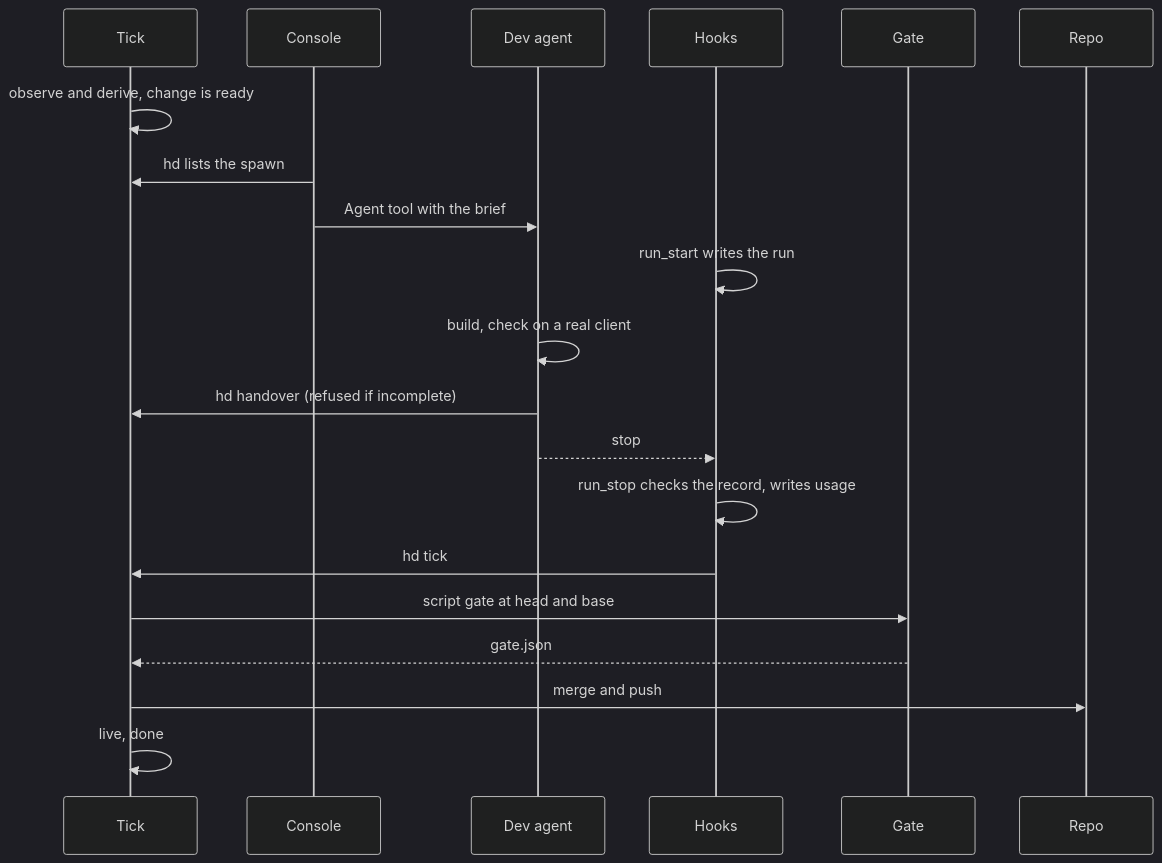
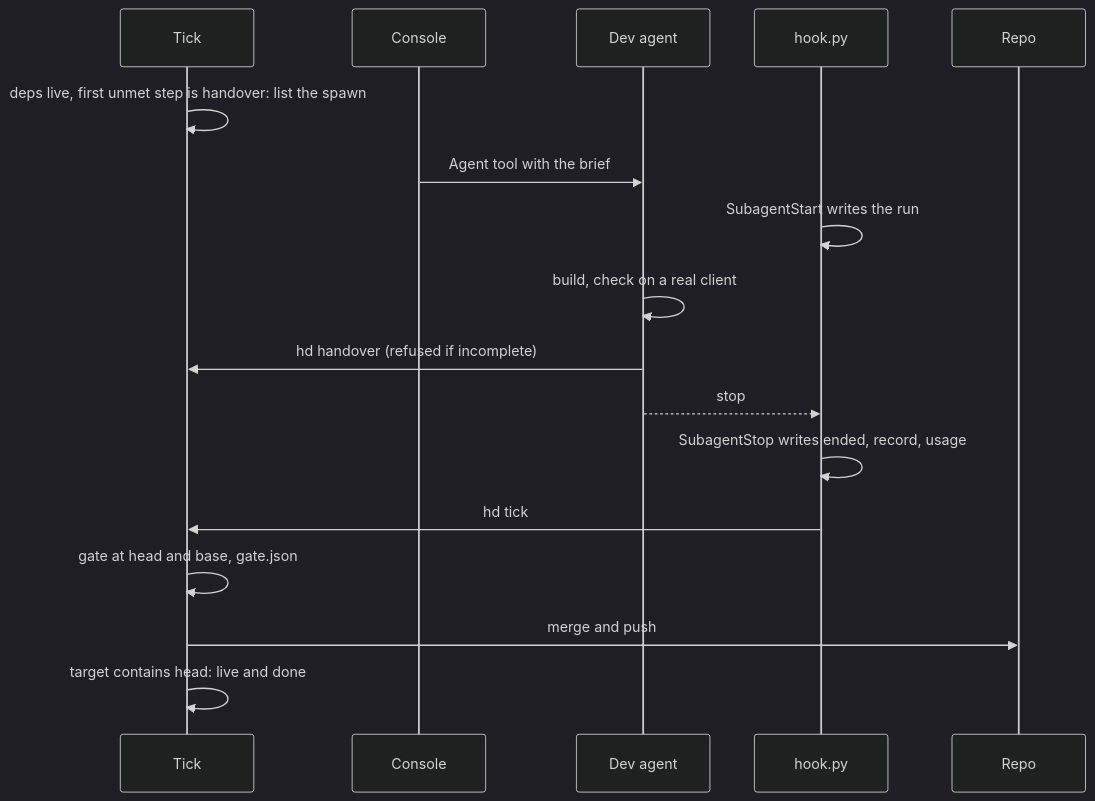
Before and after one commit to AlexPerrin/osrs-harness: the third of 6 diagrams in docs/ARCHITECTURE.md, drawn with Mermaid (dark theme). The commit also changed other lines of this file and 3 other files, not shown here.

First line of the commit message:
docs: v7 derived from first principles; one mechanism (step lists); PROPOSAL for review

````diff
--- a/docs/ARCHITECTURE.md
+++ b/docs/ARCHITECTURE.md
@@ -275,22 +219,19 @@
 ```mermaid
 sequenceDiagram
   participant T as Tick
   participant C as Console
   participant D as Dev agent
-  participant H as Hooks
-  participant G as Gate
+  participant H as hook.py
   participant R as Repo
-  T->>T: observe and derive, change is ready
-  C->>T: hd lists the spawn
+  T->>T: deps live, first unmet step is handover: list the spawn
   C->>D: Agent tool with the brief
-  H->>H: run_start writes the run
+  H->>H: SubagentStart writes the run
   D->>D: build, check on a real client
   D->>T: hd handover (refused if incomplete)
   D-->>H: stop
-  H->>H: run_stop checks the record, writes usage
+  H->>H: SubagentStop writes ended, record, usage
   H->>T: hd tick
-  T->>G: script gate at head and base
-  G-->>T: gate.json
+  T->>T: gate at head and base, gate.json
   T->>R: merge and push
-  T->>T: live, done
+  T->>T: target contains head: live and done
 ```
````
